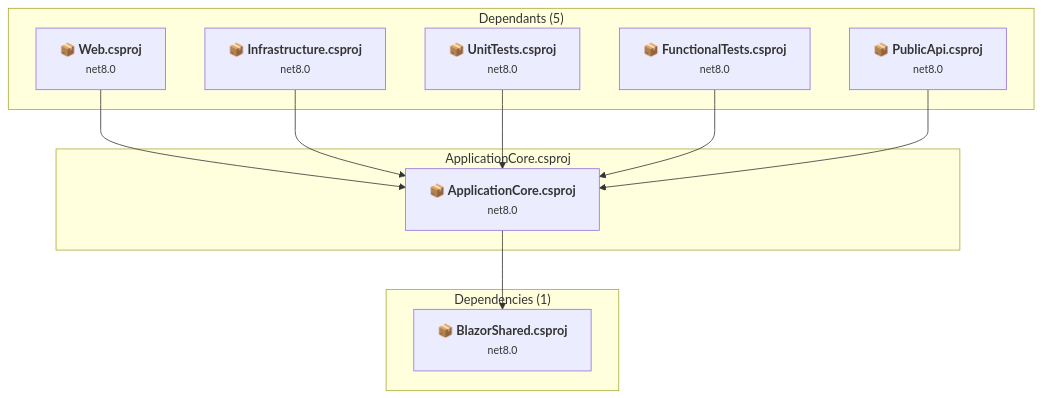
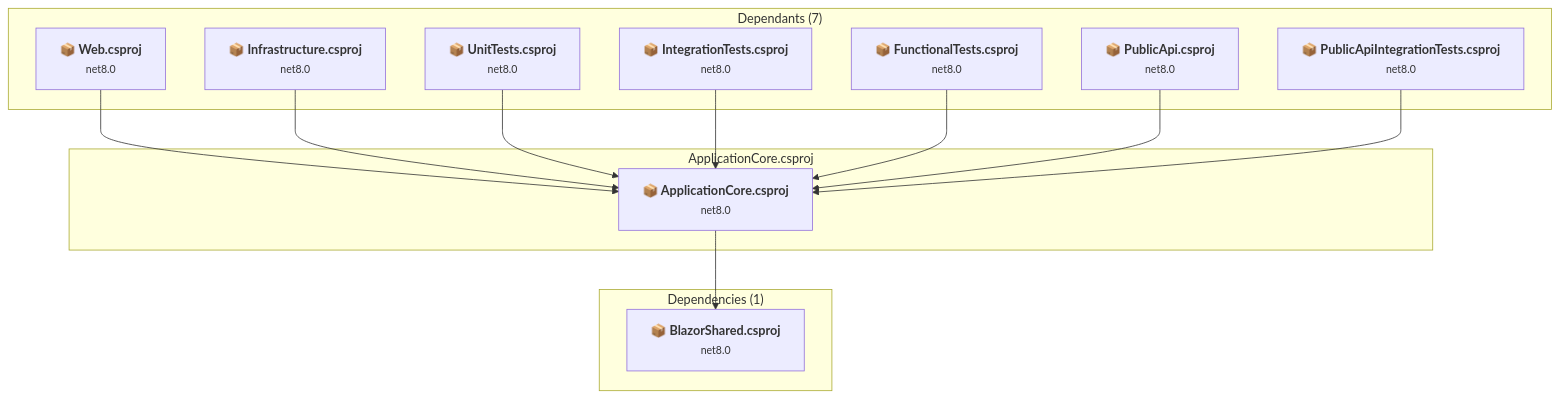
The diagram in .github/upgrades/scenarios/dotnet-version-upgrade/assessment/projects/ApplicationCore.md (kaushganguly/eShopOnWeb), drawn with Mermaid before and after one commit. The commit also changed other lines of this file and 20 other files, not shown here.

````diff
--- a/.github/upgrades/scenarios/dotnet-version-upgrade/assessment/projects/ApplicationCore.md
+++ b/.github/upgrades/scenarios/dotnet-version-upgrade/assessment/projects/ApplicationCore.md
@@ -38,30 +40,36 @@
 ```mermaid
 flowchart TB
-    subgraph upstream["Dependants (5)"]
+    subgraph upstream["Dependants (7)"]
         P1["<b>📦&nbsp;Web.csproj</b><br/><small>net8.0</small>"]
         P2["<b>📦&nbsp;Infrastructure.csproj</b><br/><small>net8.0</small>"]
         P4["<b>📦&nbsp;UnitTests.csproj</b><br/><small>net8.0</small>"]
+        P5["<b>📦&nbsp;IntegrationTests.csproj</b><br/><small>net8.0</small>"]
         P6["<b>📦&nbsp;FunctionalTests.csproj</b><br/><small>net8.0</small>"]
         P7["<b>📦&nbsp;PublicApi.csproj</b><br/><small>net8.0</small>"]
+        P10["<b>📦&nbsp;PublicApiIntegrationTests.csproj</b><br/><small>net8.0</small>"]
         click P1 "../projects/Web.md"
         click P2 "../projects/Infrastructure.md"
         click P4 "../projects/UnitTests.md"
+        click P5 "../projects/IntegrationTests.md"
         click P6 "../projects/FunctionalTests.md"
         click P7 "../projects/PublicApi.md"
+        click P10 "../projects/PublicApiIntegrationTests.md"
     end
     subgraph current["ApplicationCore.csproj"]
         MAIN["<b>📦&nbsp;ApplicationCore.csproj</b><br/><small>net8.0</small>"]
         click MAIN "../projects/ApplicationCore.md"
     end
     subgraph downstream["Dependencies (1)"]
         P9["<b>📦&nbsp;BlazorShared.csproj</b><br/><small>net8.0</small>"]
         click P9 "../projects/BlazorShared.md"
     end
     P1 --> MAIN
     P2 --> MAIN
     P4 --> MAIN
+    P5 --> MAIN
     P6 --> MAIN
     P7 --> MAIN
+    P10 --> MAIN
     MAIN --> P9
 
 ```
````
